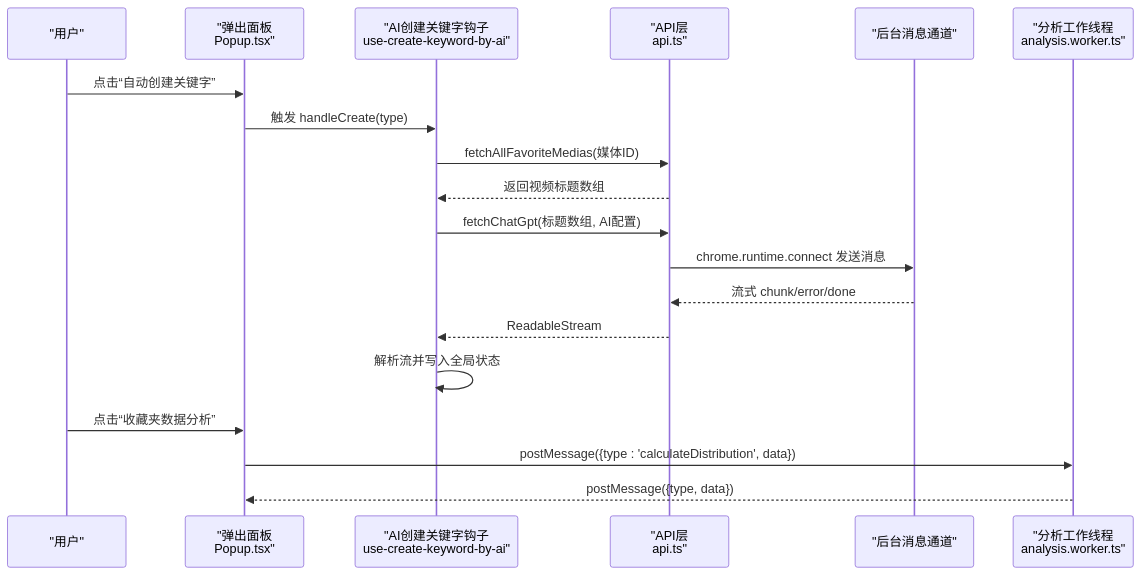
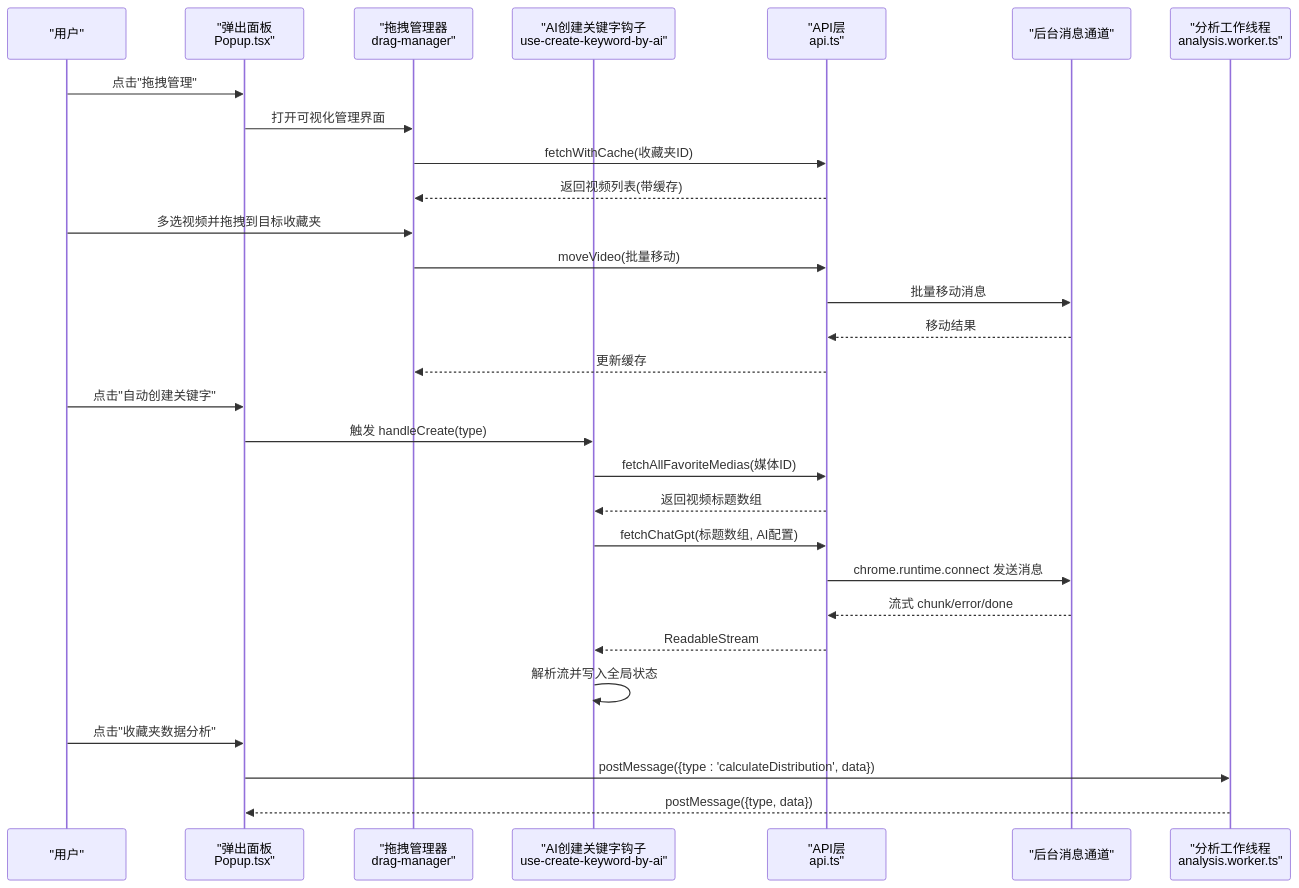
The second of 8 diagrams in .qoder/repowiki/zh/content/核心功能模块/核心功能模块.md (RadiumAg/bilibili-favorites), drawn with Mermaid before and after one commit. The commit also changed other lines of this file and 5 other files, not shown here.

````diff
--- a/.qoder/repowiki/zh/content/核心功能模块/核心功能模块.md
+++ b/.qoder/repowiki/zh/content/核心功能模块/核心功能模块.md
@@ -104,21 +121,31 @@
 ```mermaid
 sequenceDiagram
 participant U as "用户"
 participant P as "弹出面板<br/>Popup.tsx"
+participant DM as "拖拽管理器<br/>drag-manager"
 participant HK as "AI创建关键字钩子<br/>use-create-keyword-by-ai"
 participant API as "API层<br/>api.ts"
 participant BG as "后台消息通道"
 participant W as "分析工作线程<br/>analysis.worker.ts"
-U->>P : 点击“自动创建关键字”
+U->>P : 点击"拖拽管理"
+P->>DM : 打开可视化管理界面
+DM->>API : fetchWithCache(收藏夹ID)
+API-->>DM : 返回视频列表(带缓存)
+U->>DM : 多选视频并拖拽到目标收藏夹
+DM->>API : moveVideo(批量移动)
+API->>BG : 批量移动消息
+BG-->>API : 移动结果
+API-->>DM : 更新缓存
+U->>P : 点击"自动创建关键字"
 P->>HK : 触发 handleCreate(type)
 HK->>API : fetchAllFavoriteMedias(媒体ID)
 API-->>HK : 返回视频标题数组
 HK->>API : fetchChatGpt(标题数组, AI配置)
 API->>BG : chrome.runtime.connect 发送消息
 BG-->>API : 流式 chunk/error/done
 API-->>HK : ReadableStream
 HK->>HK : 解析流并写入全局状态
-U->>P : 点击“收藏夹数据分析”
+U->>P : 点击"收藏夹数据分析"
 P->>W : postMessage({type : 'calculateDistribution', data})
 W-->>P : postMessage({type, data})
 ```
````
